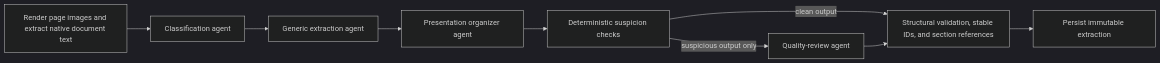
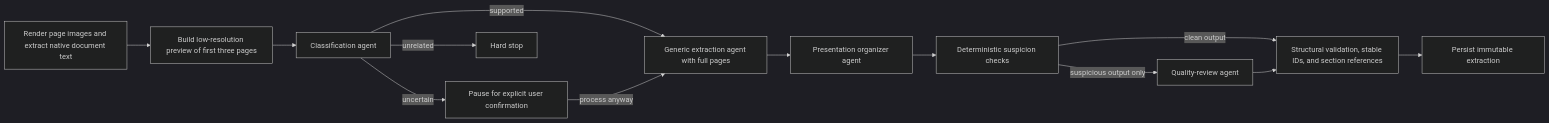
Before and after one commit to SriCharanGundla/CAssist: the third of 4 diagrams in ARCHITECTURE.md, drawn with Mermaid (dark theme). The commit also changed other lines of this file and 20 other files, not shown here.

Commit message:
Add document scope classification guardrails

````diff
--- a/ARCHITECTURE.md
+++ b/ARCHITECTURE.md
@@ -978,11 +1004,15 @@
 ```mermaid
 flowchart LR
-    PRE["Render page images and extract native document text"] --> CLASSIFY["Classification agent"]
-    CLASSIFY --> EXTRACT["Generic extraction agent"]
+    PRE["Render page images and extract native document text"] --> PREVIEW["Build low-resolution preview of first three pages"]
+    PREVIEW --> CLASSIFY["Classification agent"]
+    CLASSIFY -->|"supported"| EXTRACT["Generic extraction agent with full pages"]
+    CLASSIFY -->|"uncertain"| CONFIRM["Pause for explicit user confirmation"]
+    CONFIRM -->|"process anyway"| EXTRACT
+    CLASSIFY -->|"unrelated"| BLOCK["Hard stop"]
     EXTRACT --> ORGANIZE["Presentation organizer agent"]
     ORGANIZE --> CHECK["Deterministic suspicion checks"]
     CHECK -->|"suspicious output only"| QUALITY["Quality-review agent"]
     CHECK -->|"clean output"| STRUCTURE["Structural validation, stable IDs, and section references"]
     QUALITY --> STRUCTURE
     STRUCTURE --> PERSIST["Persist immutable extraction"]
 ```
````
